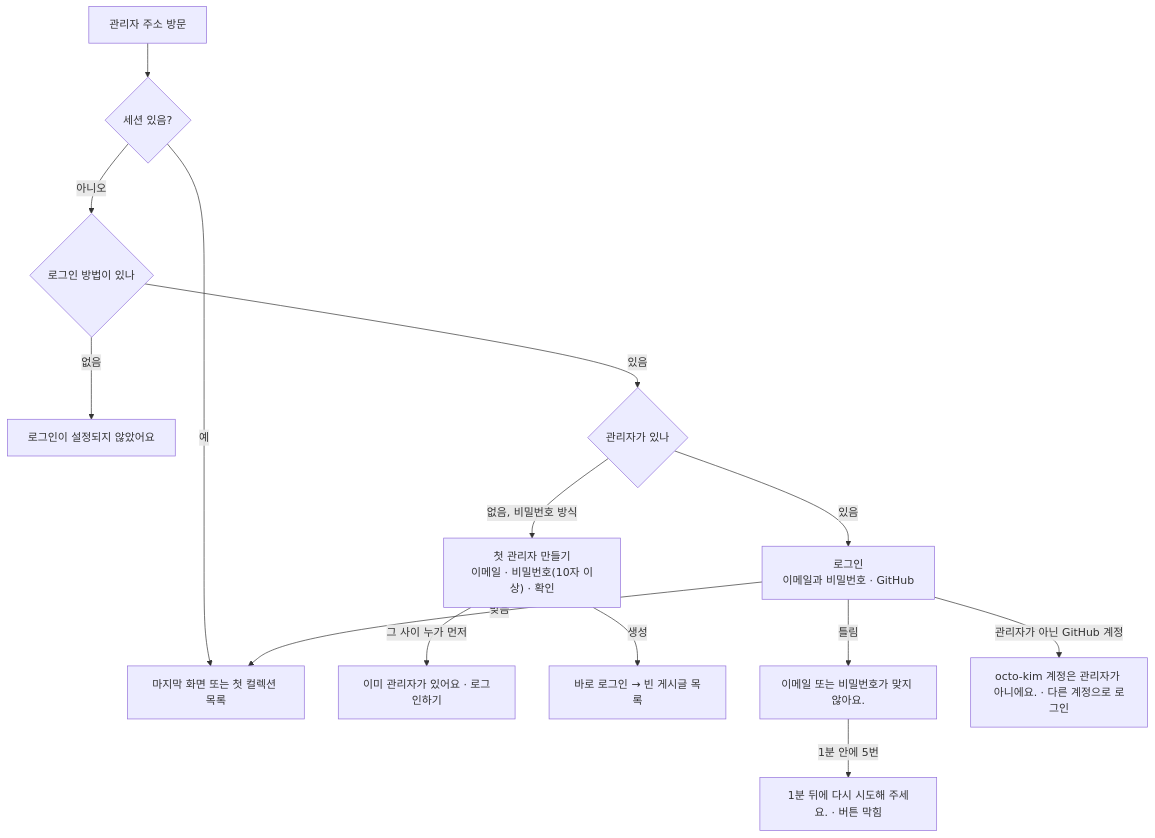
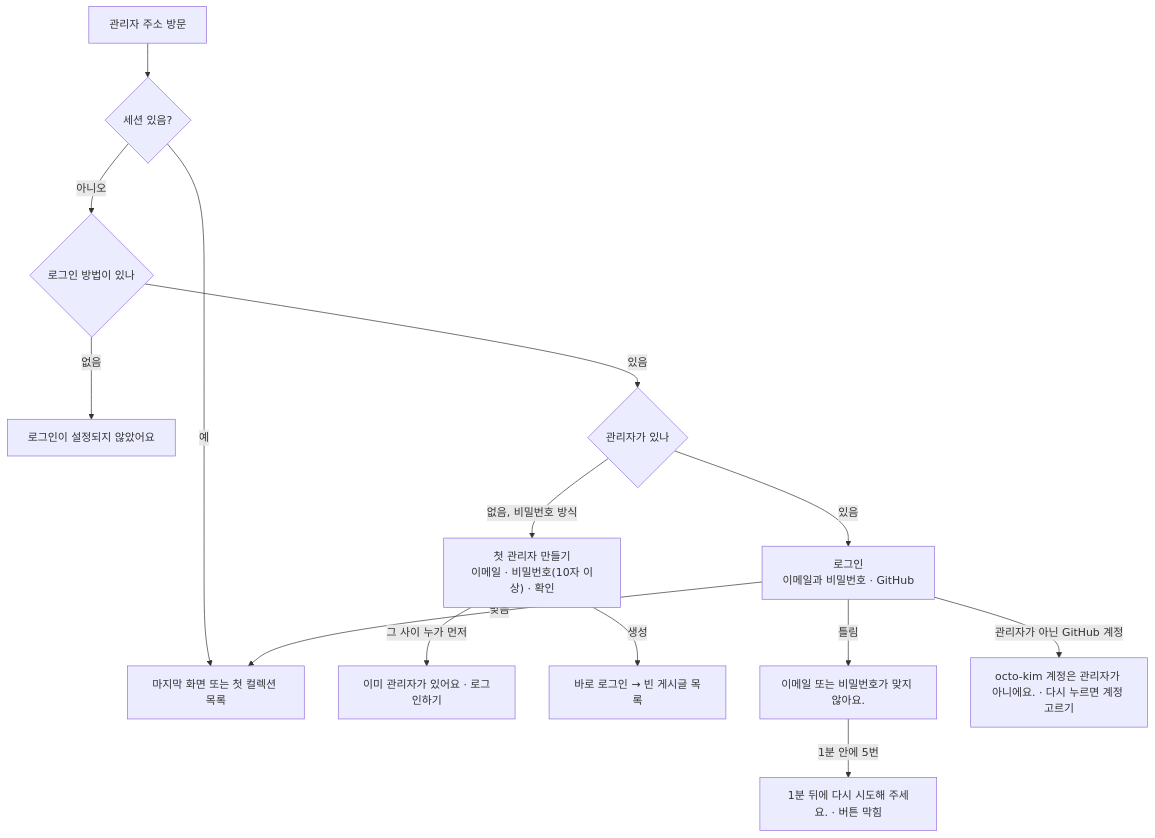
One commit to monti-cms/monti changed the first of 2 diagrams in docs/design/features/15-login-and-frame.md. Above: the diagram before and after it, drawn with Mermaid. The commit also changed other lines of this file and 6 other files, not shown here.

First line of the commit message:
fix(admin): a refused GitHub account tries again through GitHub's account picker

````diff
--- a/docs/design/features/15-login-and-frame.md
+++ b/docs/design/features/15-login-and-frame.md
@@ -24,16 +24,16 @@
 ```mermaid
 flowchart TD
   V["관리자 주소 방문"] --> S{"세션 있음?"}
   S -->|예| IN["마지막 화면 또는 첫 컬렉션 목록"]
   S -->|아니오| M{"로그인 방법이 있나"}
   M -->|없음| NONE["로그인이 설정되지 않았어요"]
   M -->|있음| A{"관리자가 있나"}
   A -->|없음, 비밀번호 방식| FIRST["첫 관리자 만들기<br/>이메일 · 비밀번호(10자 이상) · 확인"]
   FIRST -->|그 사이 누가 먼저| CLOSED["이미 관리자가 있어요 · 로그인하기"]
   FIRST -->|생성| EMPTY["바로 로그인 → 빈 게시글 목록"]
   A -->|있음| L["로그인<br/>이메일과 비밀번호 · GitHub"]
   L -->|틀림| WRONG["이메일 또는 비밀번호가 맞지 않아요."]
   WRONG -->|1분 안에 5번| LOCK["1분 뒤에 다시 시도해 주세요. · 버튼 막힘"]
-  L -->|관리자가 아닌 GitHub 계정| DENY["octo-kim 계정은 관리자가 아니에요. · 다른 계정으로 로그인"]
+  L -->|관리자가 아닌 GitHub 계정| DENY["octo-kim 계정은 관리자가 아니에요. · 다시 누르면 계정 고르기"]
   L -->|맞음| IN
 ```
````
